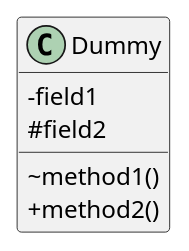
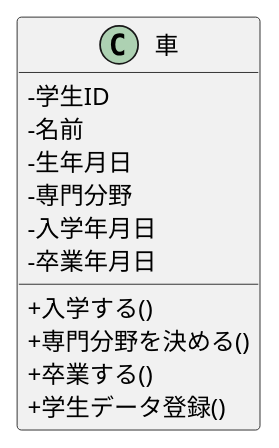
The diagram in 05_web_ronbun/class.pu (DolphinsUmbrella/ohara_uml), drawn with PlantUML before and after one commit. The commit also changed 1 other file, not shown here.

```diff
--- a/05_web_ronbun/class.pu
+++ b/05_web_ronbun/class.pu
@@ -1,10 +1,19 @@
-@startuml .
+@startuml 車クラス
+
 skinparam classAttributeIconSize 0
-class Dummy {
- -field1
- #field2
- ~method1()
- +method2()
+class 車 {
+ -学生ID
+ -名前
+ -生年月日
+ -専門分野
+ -入学年月日
+ -卒業年月日
+
+ +入学する()
+ +専門分野を決める()
+ +卒業する()
+ 'シーケンス図をもとに追加
+ +学生データ登録()
 }
 
 @enduml
```
